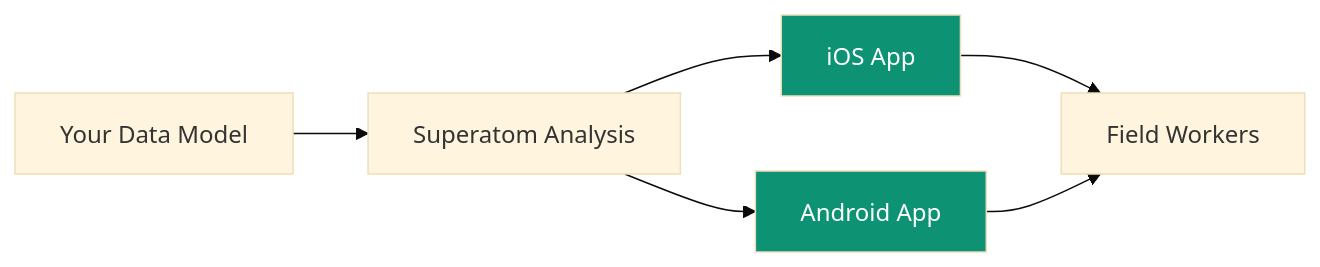
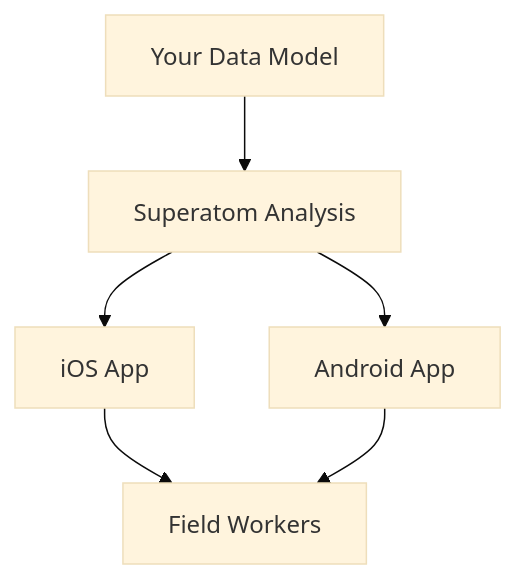
One commit to ashishsuperatom/tech-docs changed the diagram in platform/mobile-apps.mdx. Above: the diagram before and after it, drawn with Mermaid (base theme). The commit also changed other lines of this file and 37 other files, not shown here.

First line of the commit message:
Clean up docs: remove em-dashes, fix mermaid diagrams, remove emojis

````diff
--- a/platform/mobile-apps.mdx
+++ b/platform/mobile-apps.mdx
@@ -29,11 +29,9 @@
 ```mermaid
-flowchart LR
+flowchart TD
     DATA["Your Data Model"] --> ANALYSIS["Superatom Analysis"]
     ANALYSIS --> IOS["iOS App"]
     ANALYSIS --> ANDROID["Android App"]
     IOS --> USERS["Field Workers"]
     ANDROID --> USERS
 
-    style IOS fill:#0D9373,color:#fff
-    style ANDROID fill:#0D9373,color:#fff
 ```
````
